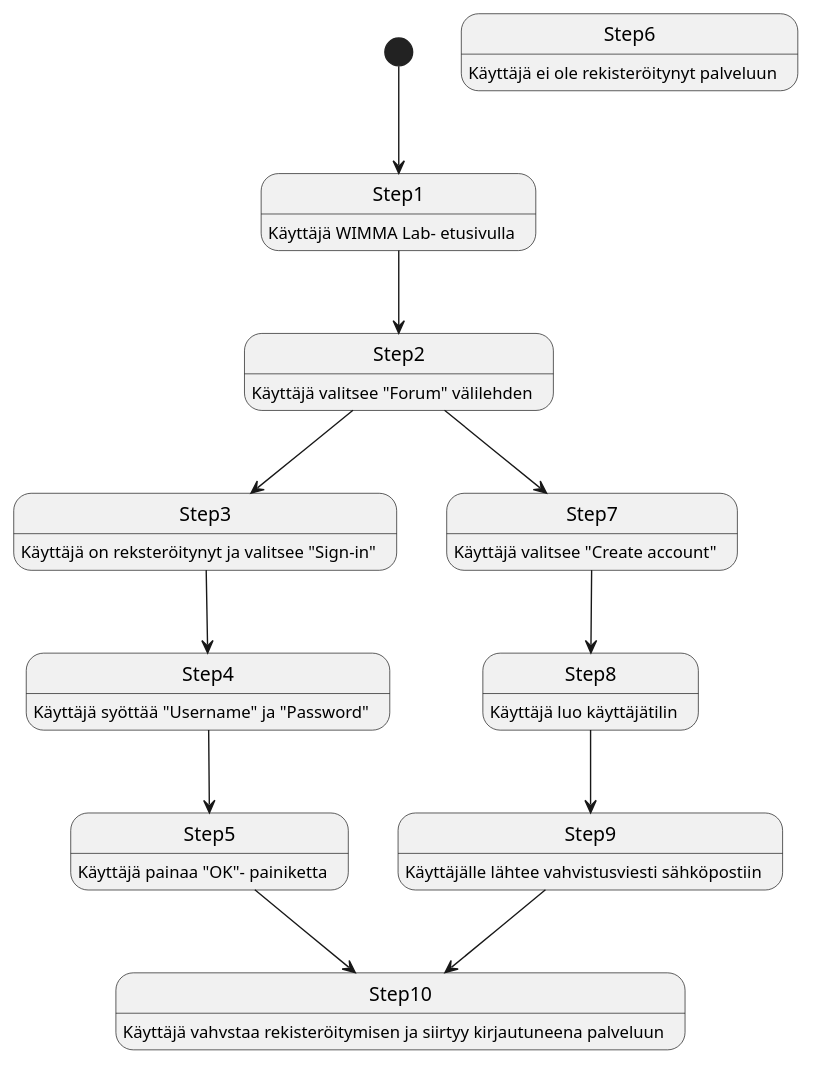
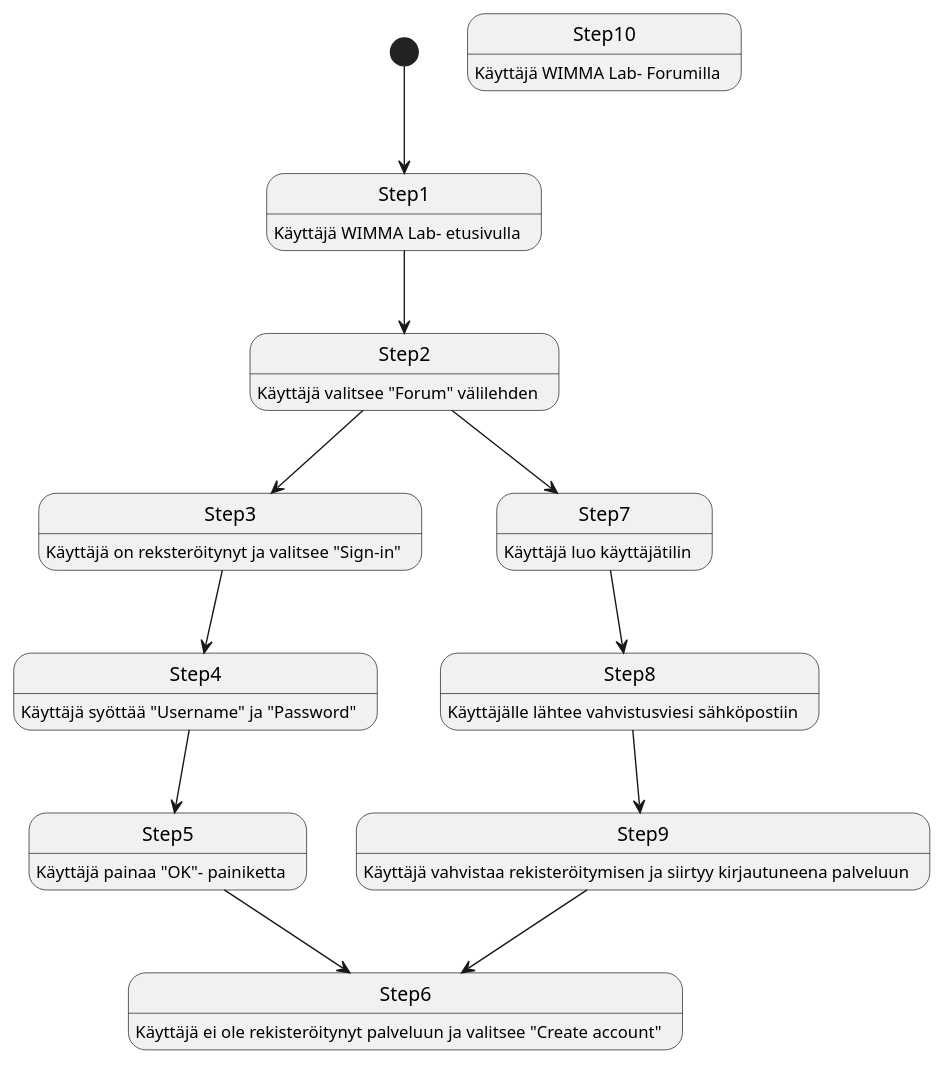
The third of 7 diagrams in dokumentit/20-Vaatimustenhallinta/vaatimusmaaritely-tiivis.md (ninaleo/S2021-AB5160-core), drawn with PlantUML before and after one commit.

````diff
--- a/dokumentit/20-Vaatimustenhallinta/vaatimusmaaritely-tiivis.md
+++ b/dokumentit/20-Vaatimustenhallinta/vaatimusmaaritely-tiivis.md
@@ -117,24 +117,24 @@
 ```plantuml
 Step1: Käyttäjä WIMMA Lab- etusivulla 
 Step2: Käyttäjä valitsee "Forum" välilehden  
 Step3: Käyttäjä on reksteröitynyt ja valitsee "Sign-in" 
 Step4: Käyttäjä syöttää "Username" ja "Password"
 Step5: Käyttäjä painaa "OK"- painiketta
-Step6: Käyttäjä ei ole rekisteröitynyt palveluun
-Step7: Käyttäjä valitsee "Create account"
-Step8: Käyttäjä luo käyttäjätilin
-Step9: Käyttäjälle lähtee vahvistusviesti sähköpostiin
-Step10: Käyttäjä vahvstaa rekisteröitymisen ja siirtyy kirjautuneena palveluun
+Step6: Käyttäjä ei ole rekisteröitynyt palveluun ja valitsee "Create account"
+Step7: Käyttäjä luo käyttäjätilin
+Step8: Käyttäjälle lähtee vahvistusviesi sähköpostiin
+Step9: Käyttäjä vahvistaa rekisteröitymisen ja siirtyy kirjautuneena palveluun
+Step10: Käyttäjä WIMMA Lab- Forumilla
 
 
 [*] --> Step1
 Step1 --> Step2
 Step2 --> Step3
 Step2 --> Step7
 Step3 --> Step4
 Step7 --> Step8
 Step4 --> Step5
 Step8 --> Step9
-Step5 --> Step10 
-Step9 --> Step10
+Step5 --> Step6 
+Step9 --> Step6
 ```
````
